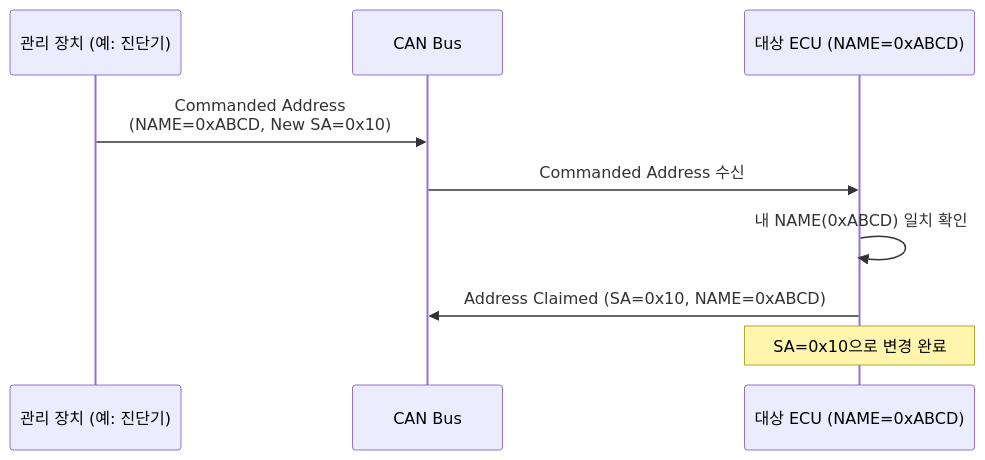
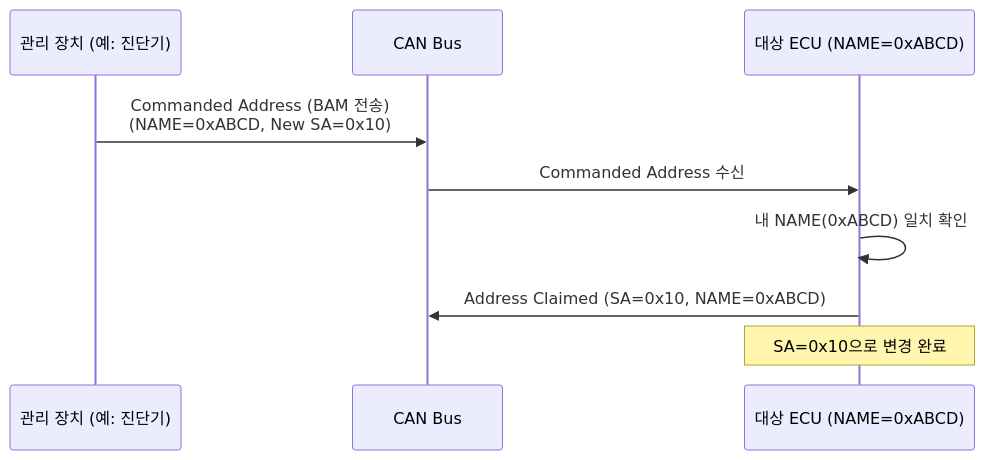
Before and after one commit to hobeen-kim/hobeen-kim.github.io: the fourth of 4 diagrams in docs/_study/isobus/10-j1939-address.md, drawn with Mermaid. The commit also changed other lines of this file and 18 other files, not shown here.

````diff
--- a/docs/_study/isobus/10-j1939-address.md
+++ b/docs/_study/isobus/10-j1939-address.md
@@ -174,13 +185,13 @@
 ```mermaid
 sequenceDiagram
     participant MASTER as 관리 장치 (예: 진단기)
     participant BUS as CAN Bus
     participant ECU as 대상 ECU (NAME=0xABCD)
 
-    MASTER->>BUS: Commanded Address<br>(NAME=0xABCD, New SA=0x10)
+    MASTER->>BUS: Commanded Address (BAM 전송)<br>(NAME=0xABCD, New SA=0x10)
     BUS->>ECU: Commanded Address 수신
 
     ECU->>ECU: 내 NAME(0xABCD) 일치 확인
     ECU->>BUS: Address Claimed (SA=0x10, NAME=0xABCD)
     Note over ECU: SA=0x10으로 변경 완료
 ```
````
